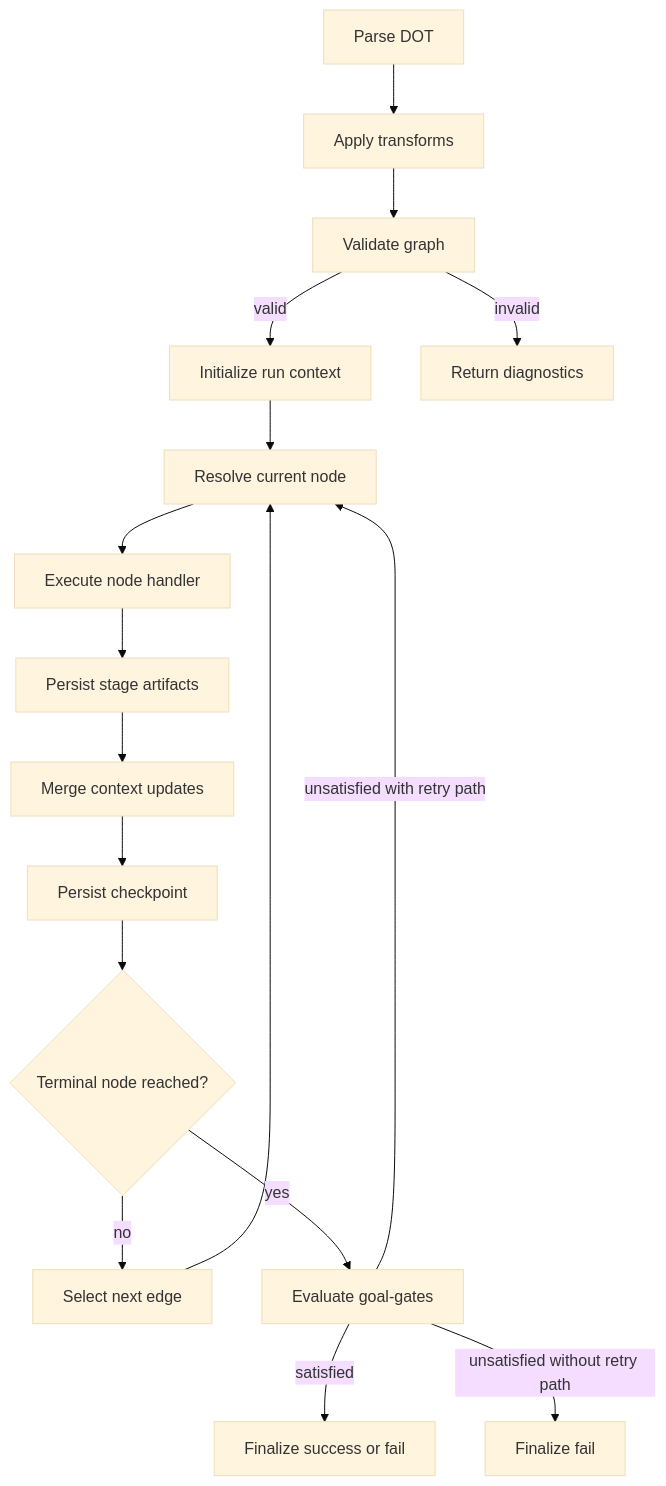
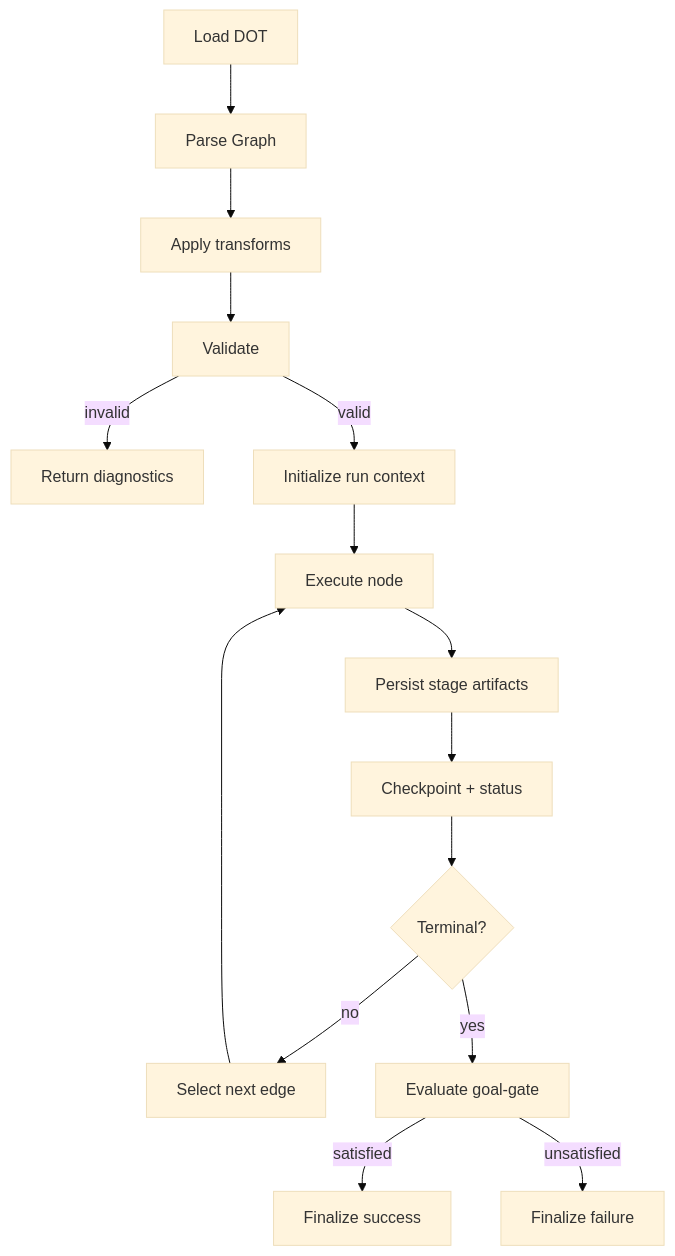
The third of 5 diagrams in docs/sprints/SPRINT-001-comprehensive-implementation-plan.md (jaytaylor/attractor-php), drawn with Mermaid (base theme) before and after one commit. The commit also changed other lines of this file, not shown here.

````diff
--- a/docs/sprints/SPRINT-001-comprehensive-implementation-plan.md
+++ b/docs/sprints/SPRINT-001-comprehensive-implementation-plan.md
@@ -580,19 +663,17 @@
 ```mermaid
 flowchart TD
-    A[Parse DOT] --> B[Apply transforms]
-    B --> C[Validate graph]
-    C -->|valid| D[Initialize run context]
-    C -->|invalid| X[Return diagnostics]
-    D --> E[Resolve current node]
-    E --> F[Execute node handler]
+    A[Load DOT] --> B[Parse Graph]
+    B --> C[Apply transforms]
+    C --> D[Validate]
+    D -->|invalid| Z[Return diagnostics]
+    D -->|valid| E[Initialize run context]
+    E --> F[Execute node]
     F --> G[Persist stage artifacts]
-    G --> H[Merge context updates]
-    H --> I[Persist checkpoint]
-    I --> J{Terminal node reached?}
-    J -->|no| K[Select next edge]
-    K --> E
-    J -->|yes| L[Evaluate goal-gates]
-    L -->|satisfied| M[Finalize success or fail]
-    L -->|unsatisfied with retry path| E
-    L -->|unsatisfied without retry path| N[Finalize fail]
+    G --> H[Checkpoint + status]
+    H --> I{Terminal?}
+    I -->|no| J[Select next edge]
+    J --> F
+    I -->|yes| K[Evaluate goal-gate]
+    K -->|satisfied| L[Finalize success]
+    K -->|unsatisfied| M[Finalize failure]
 ```
````
